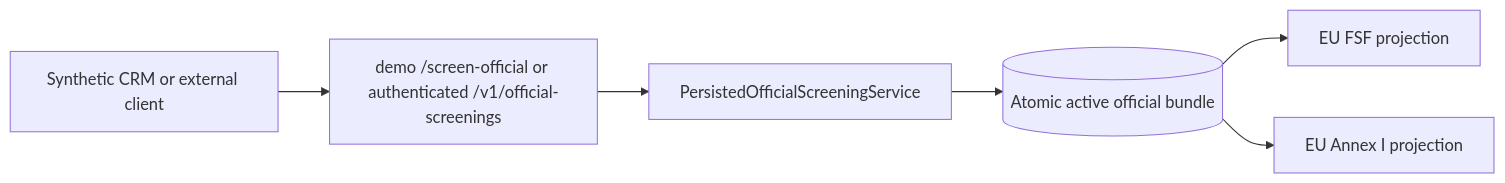
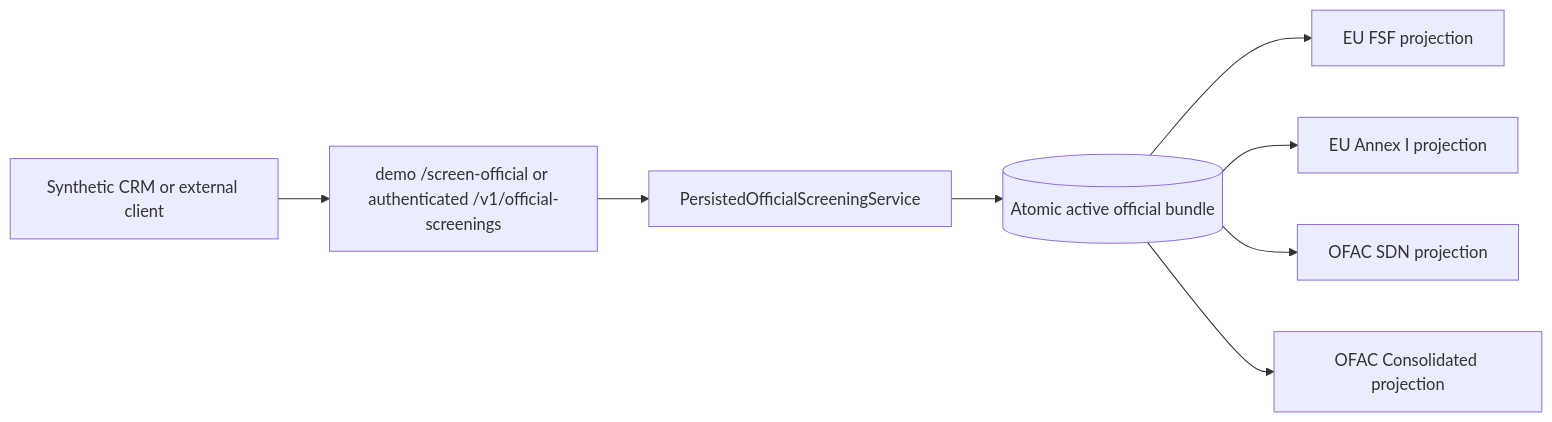
One commit to fyaic/TradeSieve changed the first of 2 diagrams in docs/architecture/integration-design.md. Above: the diagram before and after it, drawn with Mermaid. The commit also changed other lines of this file and 44 other files, not shown here.

````diff
--- a/docs/architecture/integration-design.md
+++ b/docs/architecture/integration-design.md
@@ -33,13 +33,17 @@
 ```mermaid
 flowchart LR
     CRM["Synthetic CRM or external client"]
     HTTP["demo /screen-official or authenticated /v1/official-screenings"]
     APP["PersistedOfficialScreeningService"]
     DB[("Atomic active official bundle")]
     FSF["EU FSF projection"]
     DUAL["EU Annex I projection"]
+    SDN["OFAC SDN projection"]
+    CONS["OFAC Consolidated projection"]
 
     CRM --> HTTP --> APP --> DB
     DB --> FSF
     DB --> DUAL
+    DB --> SDN
+    DB --> CONS
 ```
````
